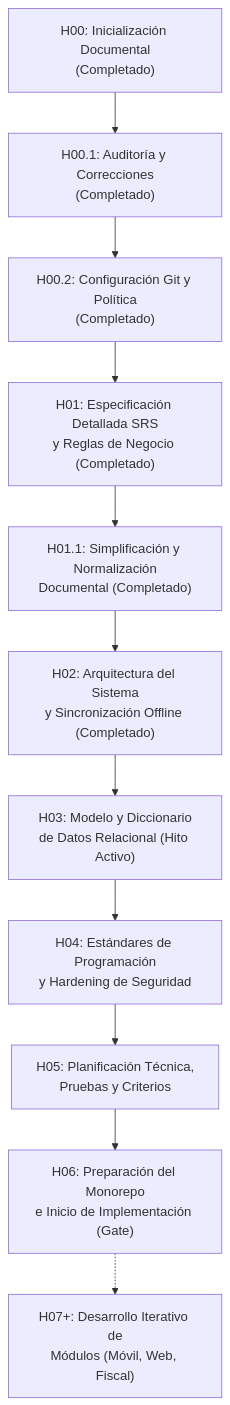
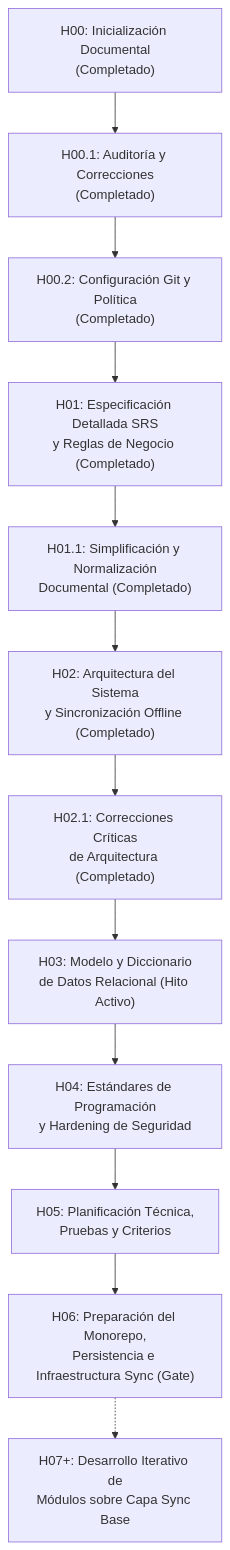
One commit to JMedina255/Proyecto_tienda changed the diagram in docs/05-planificacion/PLAN_DESARROLLO.md. Above: the diagram before and after it, drawn with Mermaid. The commit also changed other lines of this file and 6 other files, not shown here.

Commit message:
docs(h02.1): correcciones criticas de arquitectura

````diff
--- a/docs/05-planificacion/PLAN_DESARROLLO.md
+++ b/docs/05-planificacion/PLAN_DESARROLLO.md
@@ -16,13 +16,14 @@
 ```mermaid
 flowchart TD
     H00["H00: Inicialización Documental\n(Completado)"] --> H00_1["H00.1: Auditoría y Correcciones\n(Completado)"]
     H00_1 --> H00_2["H00.2: Configuración Git y Política\n(Completado)"]
     H00_2 --> H01["H01: Especificación Detallada SRS\ny Reglas de Negocio (Completado)"]
     H01 --> H01_1["H01.1: Simplificación y Normalización\nDocumental (Completado)"]
     H01_1 --> H02["H02: Arquitectura del Sistema\ny Sincronización Offline (Completado)"]
-    H02 --> H03["H03: Modelo y Diccionario\nde Datos Relacional (Hito Activo)"]
+    H02 --> H02_1["H02.1: Correcciones Críticas\nde Arquitectura (Completado)"]
+    H02_1 --> H03["H03: Modelo y Diccionario\nde Datos Relacional (Hito Activo)"]
     H03 --> H04["H04: Estándares de Programación\ny Hardening de Seguridad"]
     H04 --> H05["H05: Planificación Técnica,\nPruebas y Criterios"]
-    H05 --> H06["H06: Preparación del Monorepo\ne Inicio de Implementación (Gate)"]
-    H06 -.-> H07["H07+: Desarrollo Iterativo de\nMódulos (Móvil, Web, Fiscal)"]
+    H05 --> H06["H06: Preparación del Monorepo,\nPersistencia e Infraestructura Sync (Gate)"]
+    H06 -.-> H07["H07+: Desarrollo Iterativo de\nMódulos sobre Capa Sync Base"]
 ```
````
